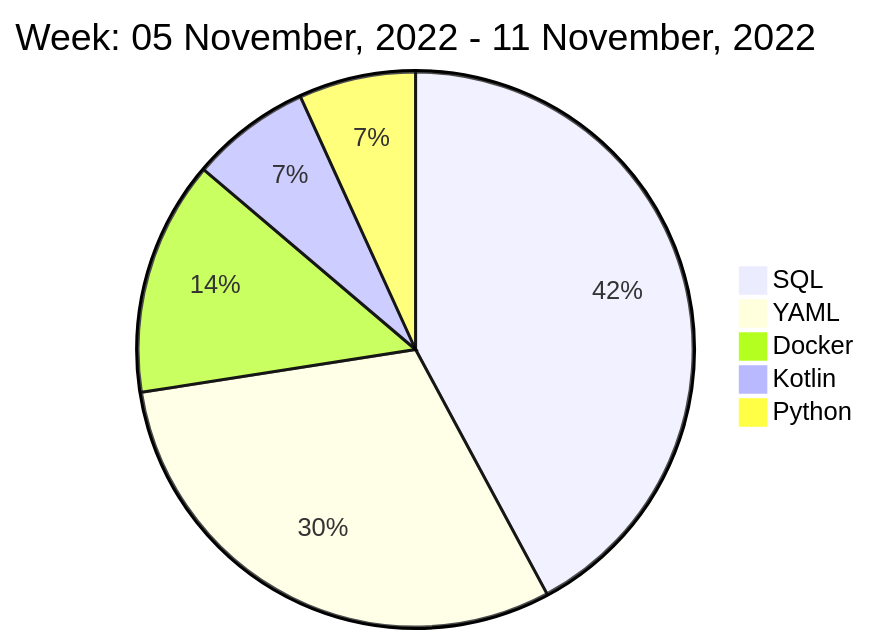
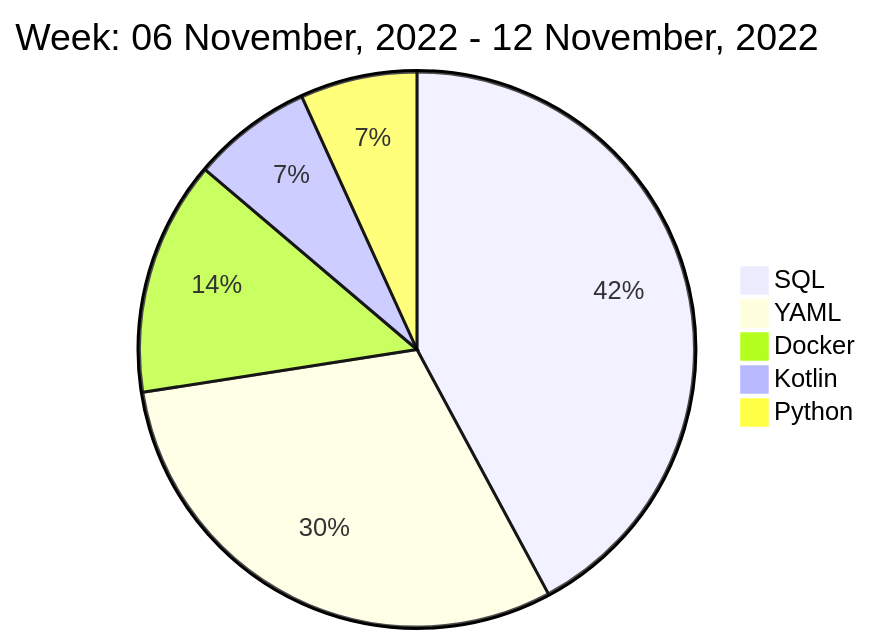
Before and after one commit to liubin95/liubin95: the diagram in README.md, drawn with Mermaid.

Commit message:
Updated the Graph with new Metrics

````diff
--- a/README.md
+++ b/README.md
@@ -40,9 +40,9 @@
 ```mermaid
  pie
-title Week: 05 November, 2022 - 11 November, 2022
+title Week: 06 November, 2022 - 12 November, 2022
  "SQL" : 6.63
  "YAML" : 4.78
  "Docker" : 2.15
  "Kotlin" : 1.1
  "Python" : 1.07
 ```
````
